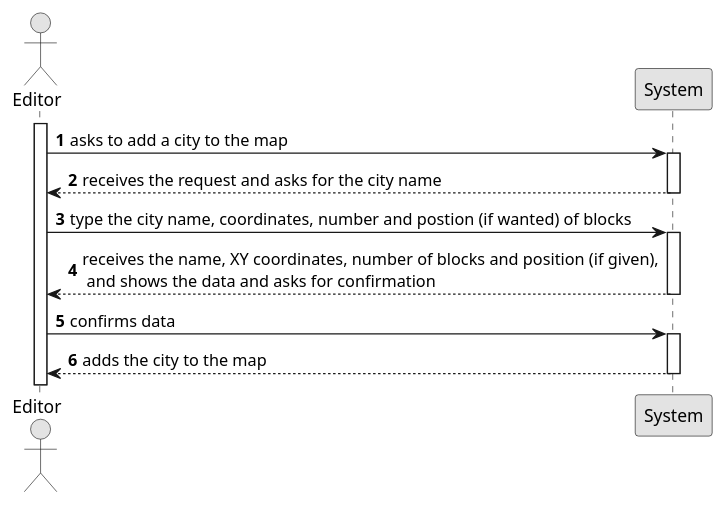
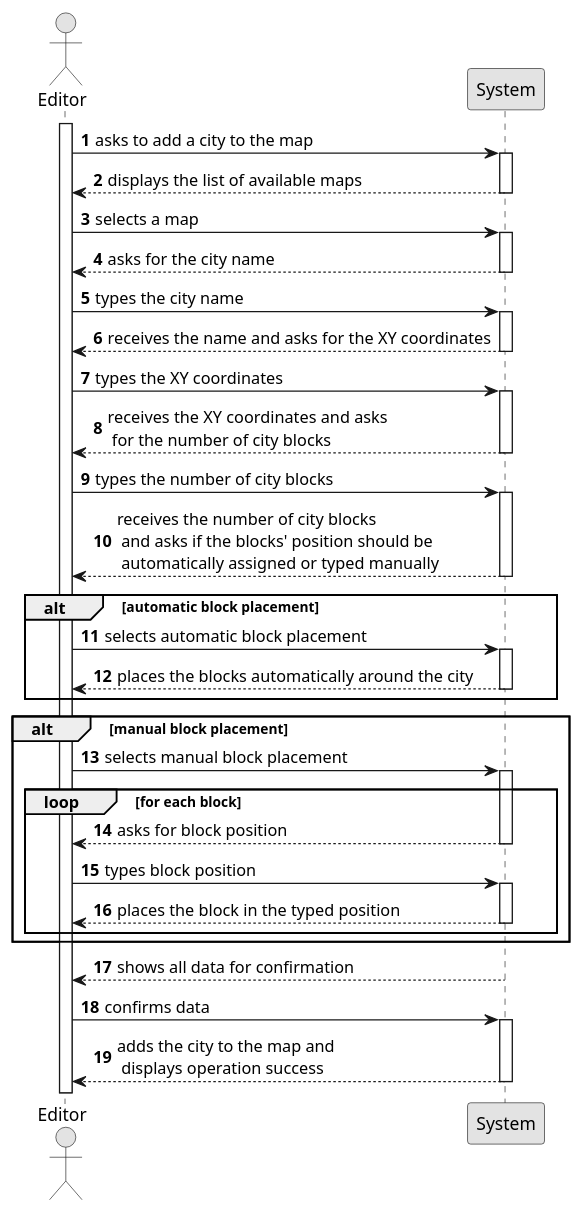
The diagram in Sprint2/US003/01.requirements-engineering/puml/US003-SSD.puml (1240935/pi2-railway-simulator), drawn with PlantUML before and after one commit. The commit also changed 17 other files, not shown here.

```diff
--- a/Sprint2/US003/01.requirements-engineering/puml/US003-SSD.puml
+++ b/Sprint2/US003/01.requirements-engineering/puml/US003-SSD.puml
@@ -1,31 +1,80 @@
 @startuml
 skinparam monochrome true
 skinparam packageStyle rectangle
 skinparam shadowing false
 
 autonumber
 
 actor "Editor" as Employee
 participant "System" as System
 
 activate Employee
 
     Employee -> System : asks to add a city to the map
     activate System
 
-        System --> Employee : receives the request and asks for the city name
+        System --> Employee : displays the list of available maps
+            deactivate System
+
+    Employee -> System : selects a map
+    activate System
+
+        System --> Employee : asks for the city name
     deactivate
 
-     Employee -> System : type the city name, coordinates, number and postion (if wanted) of blocks
+     Employee -> System : types the city name
         activate System
 
-    System --> Employee : receives the name, XY coordinates, number of blocks and position (if given),\n and shows the data and asks for confirmation
+    System --> Employee : receives the name and asks for the XY coordinates
+    deactivate System
 
+    Employee -> System: types the XY coordinates
+    activate System
+
+    System --> Employee : receives the XY coordinates and asks \n for the number of city blocks
     deactivate System
+
+    Employee -> System : types the number of city blocks
+    activate System
+
+    System --> Employee : receives the number of city blocks \n and asks if the blocks' position should be \n automatically assigned or typed manually
+    deactivate System
+
+    alt automatic block placement
+
+    Employee -> System : selects automatic block placement
+    activate System
+
+    System --> Employee : places the blocks automatically around the city
+    deactivate System
+
+    end alt
+
+    alt manual block placement
+
+    Employee -> System : selects manual block placement
+    activate System
+
+    loop for each block
+
+    System --> Employee: asks for block position
+    deactivate System
+
+    Employee -> System : types block position
+    activate System
+
+    System --> Employee : places the block in the typed position
+    deactivate System
+
+    end loop
+
+    end alt
+
+    System --> Employee : shows all data for confirmation
 
     Employee -> System : confirms data
     activate System
 
-        System --> Employee : adds the city to the map
+        System --> Employee : adds the city to the map and \n displays operation success
     deactivate System
 @enduml
```
